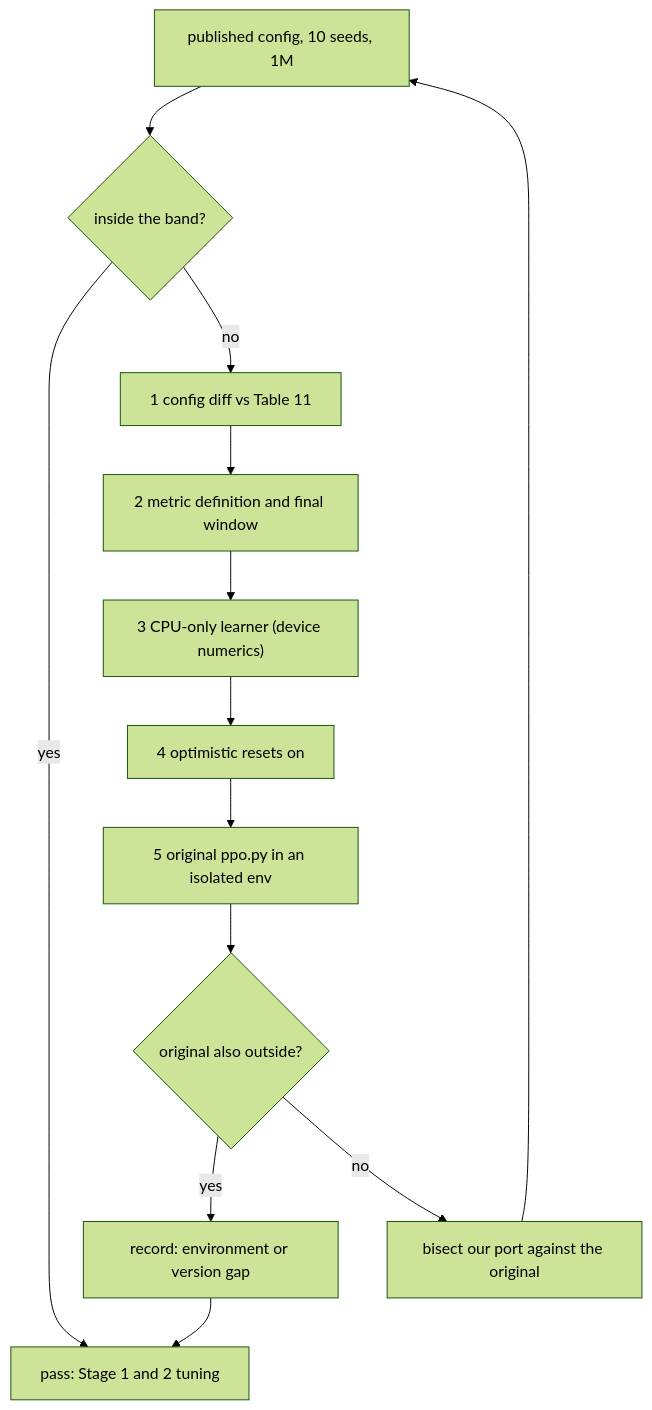
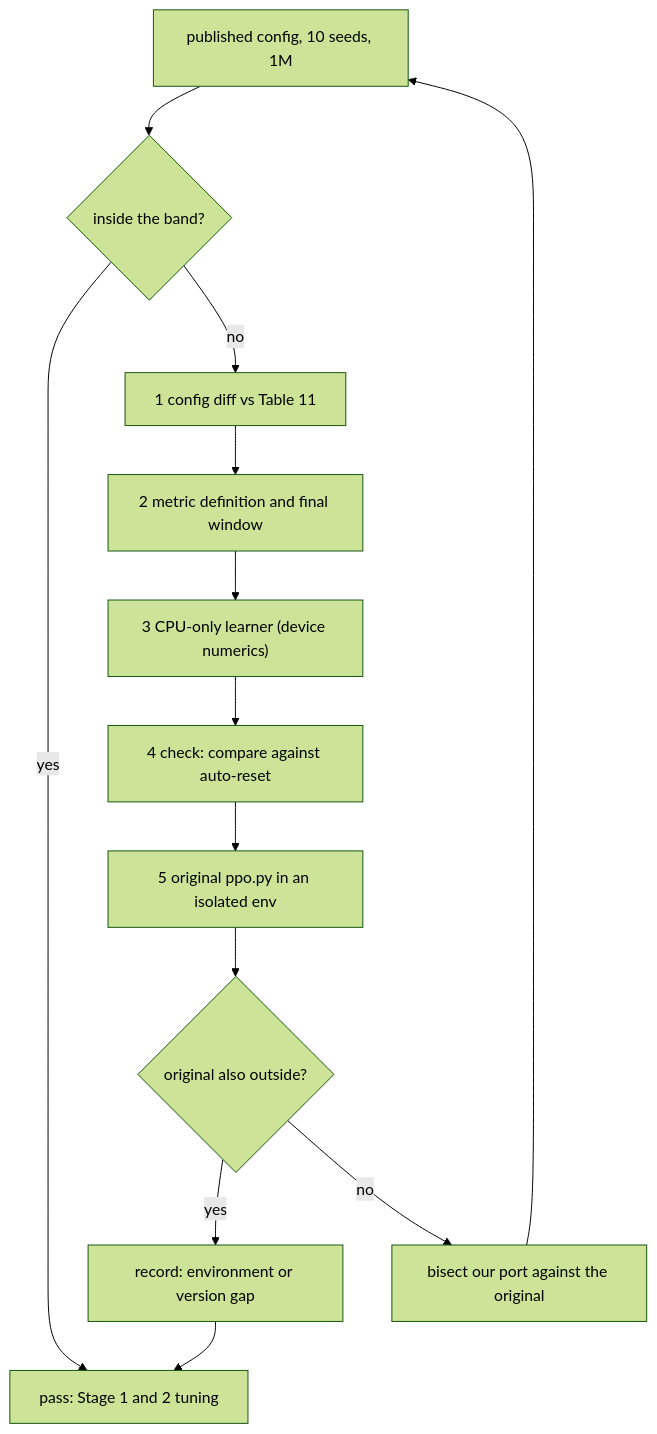
Before and after one commit to Pawlo77/rl-craftmax: the diagram in plans/2026-10-20-craftax-project/2026-10-20-craftax-method-ppo.md, drawn with Mermaid (forest theme). The commit also changed other lines of this file and 16 other files, not shown here.

````diff
--- a/plans/2026-10-20-craftax-project/2026-10-20-craftax-method-ppo.md
+++ b/plans/2026-10-20-craftax-project/2026-10-20-craftax-method-ppo.md
@@ -145,15 +149,15 @@
 ```mermaid
 flowchart TD
   A["published config, 10 seeds, 1M"] --> B{"inside the band?"}
   B -->|yes| C["pass: Stage 1 and 2 tuning"]
   B -->|no| D["1 config diff vs Table 11"]
   D --> E["2 metric definition and final window"]
   E --> F["3 CPU-only learner (device numerics)"]
-  F --> G["4 optimistic resets on"]
+  F --> G["4 check: compare against auto-reset"]
   G --> H["5 original ppo.py in an isolated env"]
   H --> I{"original also outside?"}
   I -->|yes| J["record: environment or version gap"]
   I -->|no| K["bisect our port against the original"]
   J --> C
   K --> A
 ```
````
